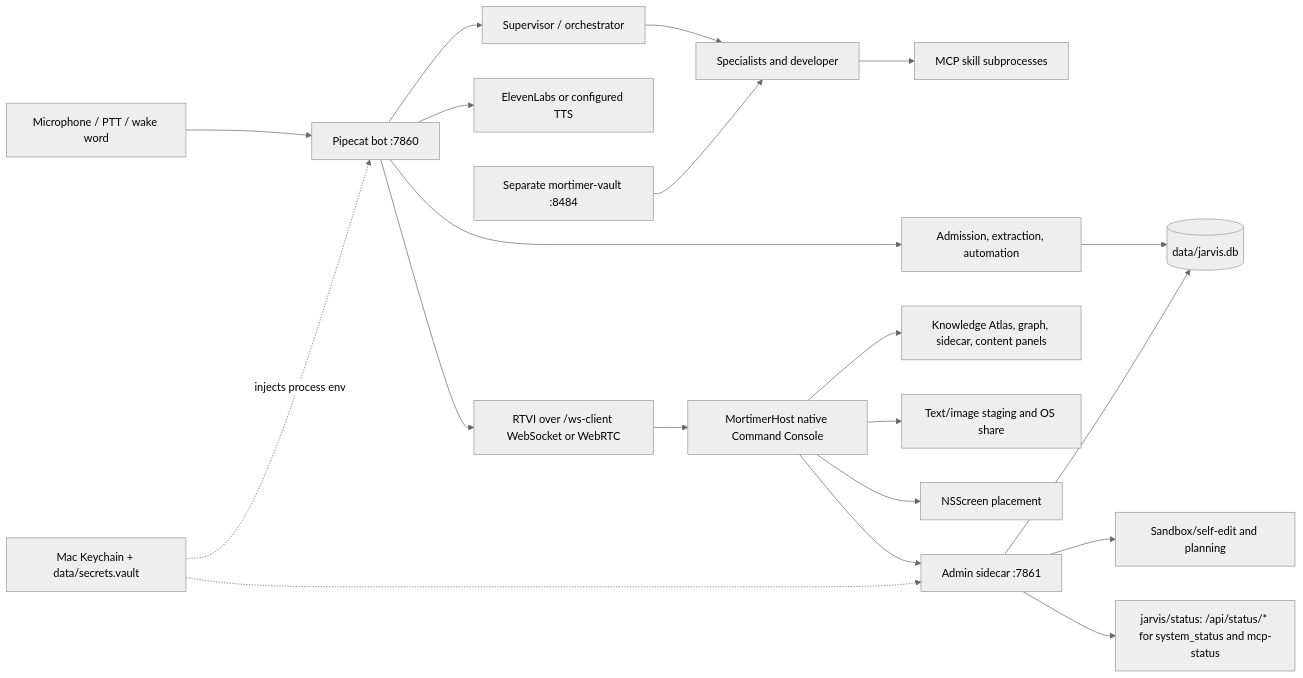
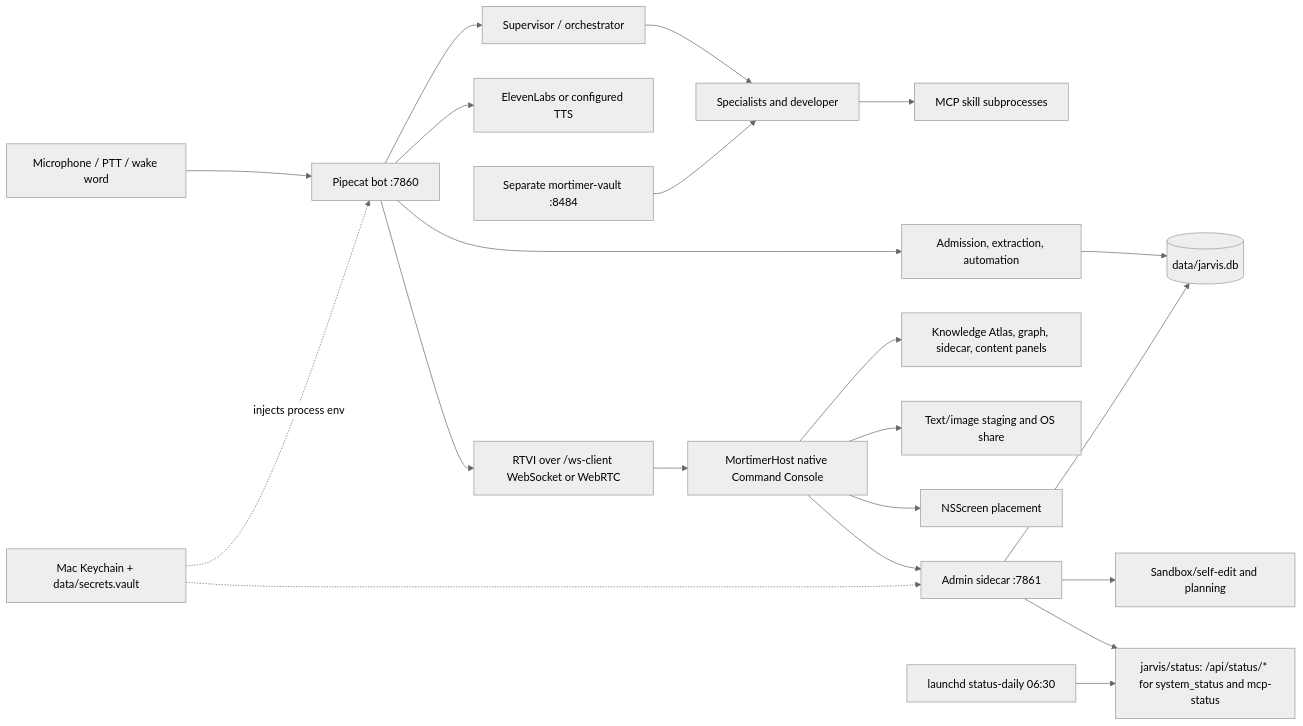
One commit to Larryfix71566/jarvis-voice-ai changed the diagram in docs/ARCHITECTURE.md. Above: the diagram before and after it, drawn with Mermaid (neutral theme). The commit also changed other lines of this file and 7 other files, not shown here.

````diff
--- a/docs/ARCHITECTURE.md
+++ b/docs/ARCHITECTURE.md
@@ -10,22 +10,23 @@
 ```mermaid
 flowchart LR
   MIC[Microphone / PTT / wake word] --> BOT[Pipecat bot :7860]
   BOT --> SUP[Supervisor / orchestrator]
   SUP --> AGENTS[Specialists and developer]
   AGENTS --> MCP[MCP skill subprocesses]
   BOT --> MEM[Admission, extraction, automation]
   MEM --> DB[(data/jarvis.db)]
   BOT --> TTS[ElevenLabs or configured TTS]
   BOT --> UI[RTVI over /ws-client WebSocket or WebRTC]
   UI --> HOST[MortimerHost native Command Console]
   HOST --> ATLAS[Knowledge Atlas, graph, sidecar, content panels]
   HOST --> SHARE[Text/image staging and OS share]
   HOST --> DISPLAY[NSScreen placement]
   HOST --> SIDE[Admin sidecar :7861]
   SIDE --> EDIT[Sandbox/self-edit and planning]
   SIDE --> STATUS[jarvis/status: /api/status/* for system_status and mcp-status]
+  DAILY[launchd status-daily 06:30] --> STATUS
   SIDE --> DB
   VAULT[Mac Keychain + data/secrets.vault] -. injects process env .-> BOT
   VAULT -.-> SIDE
   KB[Separate mortimer-vault :8484] --> AGENTS
 ```
````
